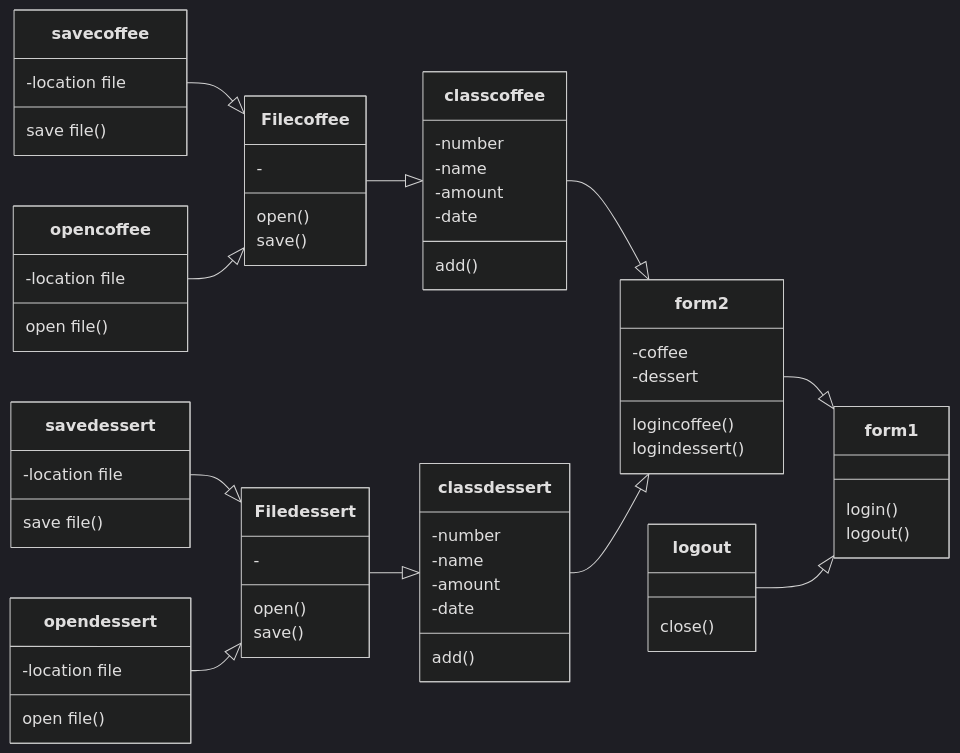
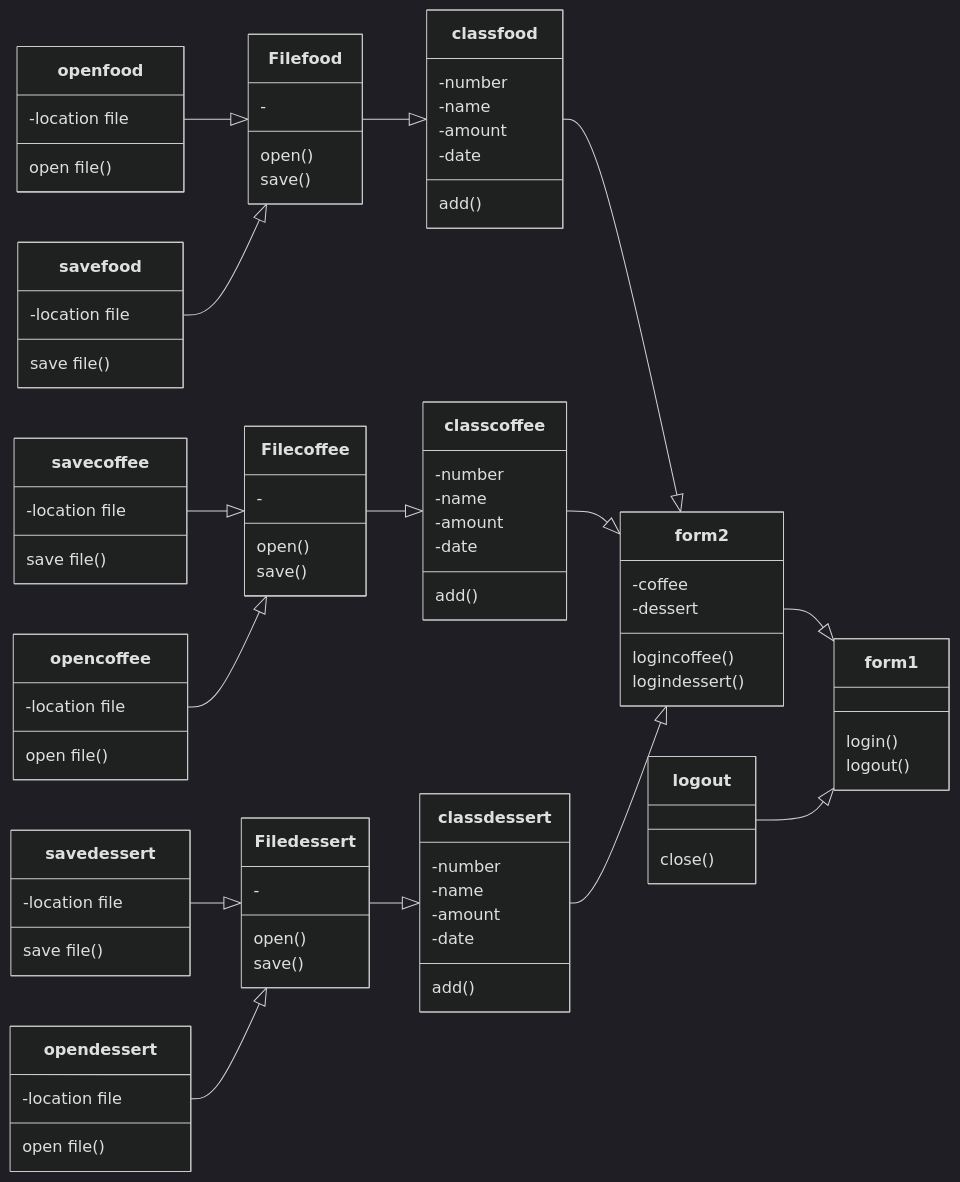
Before and after one commit to Syxsaran/ReportSalesCoffee: the diagram in README.md, drawn with Mermaid (dark theme).

```diff
--- a/README.md
+++ b/README.md
@@ -38,12 +38,24 @@
   -date
   add()
   }
+    class classfood{
+  -number
+  -name
+  -amount
+  -date
+  add()
+  }
   class Filecoffee{
   -
   open()
   save()
   }
   class Filedessert{
+  -
+  open()
+  save()
+  }
+  class Filefood{
   -
   open()
   save()
@@ -64,15 +76,28 @@
   -location file
   save file()
   }
+  class openfood{
+  -location file
+  open file()
+  }
+  class savefood{
+  -location file
+  save file()
+  }
   savecoffee --|> Filecoffee
   opencoffee --|> Filecoffee
+  
+  openfood --|> Filefood
+  savefood --|> Filefood
   
   savedessert --|> Filedessert
   opendessert --|> Filedessert
   
+  Filefood --|> classfood
   Filedessert --|> classdessert
   Filecoffee --|> classcoffee
   
+  classfood --|> form2
   classcoffee --|> form2
   classdessert --|> form2
   
```
